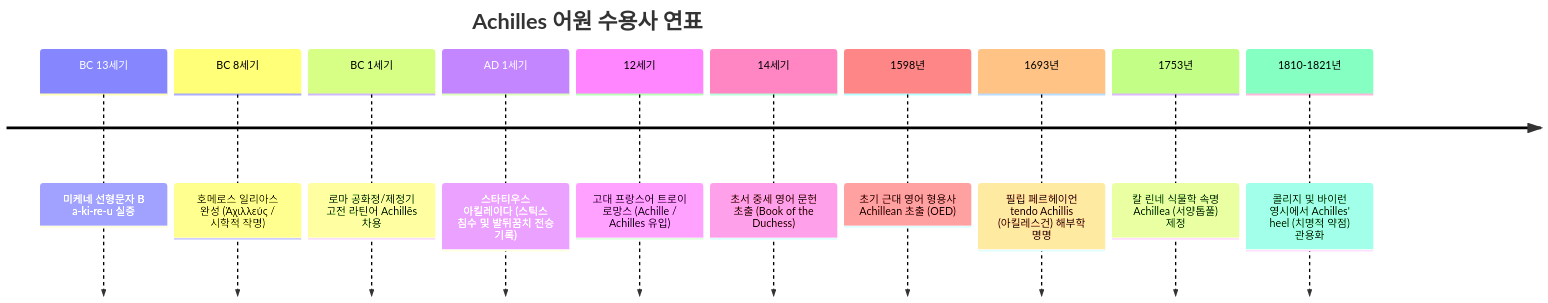
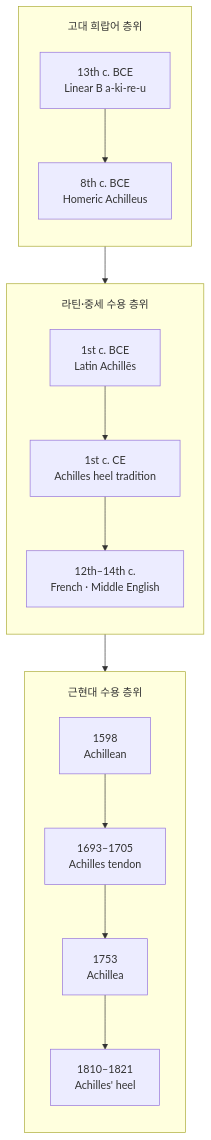
The second of 3 diagrams in words/word-achilles.md (YgHnSIM/Homer_wiki), drawn with Mermaid before and after one commit. The commit also changed other lines of this file, not shown here.

Commit message:
refactor(word-achilles): Type C etymology Mermaid

````diff
--- a/words/word-achilles.md
+++ b/words/word-achilles.md
@@ -127,15 +142,25 @@
 ```mermaid
 %%{init: {'flowchart': {'useMaxWidth': true, 'nodeSpacing': 40, 'rankSpacing': 56, 'padding': 18, 'subGraphTitleMargin': {'top': 18, 'bottom': 10}}}}%%
-timeline
-    title Achilles 어원 수용사 연표
-    BC 13세기 : 미케네 선형문자 B a-ki-re-u 실증
-    BC 8세기 : 호메로스 일리아스 완성 (Ἀχιλλεύς / 시학적 작명)
-    BC 1세기 : 로마 공화정/제정기 고전 라틴어 Achillēs 차용
-    AD 1세기 : 스타티우스 아킬레이다 (스틱스 침수 및 발뒤꿈치 전승 기록)
-    12세기 : 고대 프랑스어 트로이 로망스 (Achille / Achilles 유입)
-    14세기 : 초서 중세 영어 문헌 초출 (Book of the Duchess)
-    1598년 : 초기 근대 영어 형용사 Achillean 초출 (OED)
-    1693년 : 필립 페르헤이언 tendo Achillis (아킬레스건) 해부학 명명
-    1753년 : 칼 린네 식물학 속명 Achillea (서양톱풀) 제정
-    1810-1821년 : 콜리지 및 바이런 영시에서 Achilles' heel (치명적 약점) 관용화
+flowchart TD
+    subgraph Greek_Stage ["고대 희랍어 층위"]
+        direction TB
+        A["13th c. BCE<br/>Linear B a-ki-re-u"]:::greek
+        B["8th c. BCE<br/>Homeric Achilleus"]:::focus
+        A --> B
+    end
+    subgraph Latin_Stage ["라틴·중세 수용 층위"]
+        direction TB
+        C["1st c. BCE<br/>Latin Achillēs"]:::latin
+        D["1st c. CE<br/>Achilles heel tradition"]:::latin
+        E["12th–14th c.<br/>French · Middle English"]:::latin
+        B --> C --> D --> E
+    end
+    subgraph Modern_Stage ["근현대 수용 층위"]
+        direction TB
+        F["1598<br/>Achillean"]:::english
+        G["1693–1705<br/>Achilles tendon"]:::english
+        H["1753<br/>Achillea"]:::english
+        I["1810–1821<br/>Achilles' heel"]:::english
+        E --> F --> G --> H --> I
+    end
 ```
````
